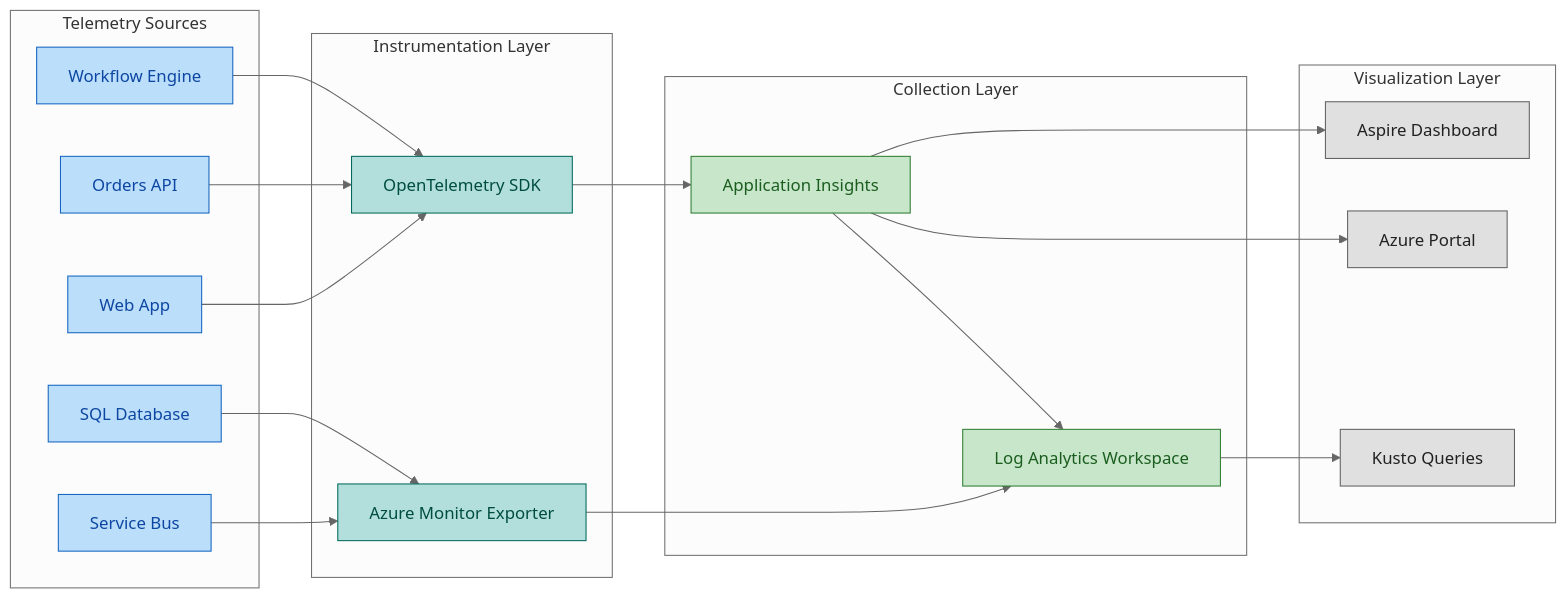
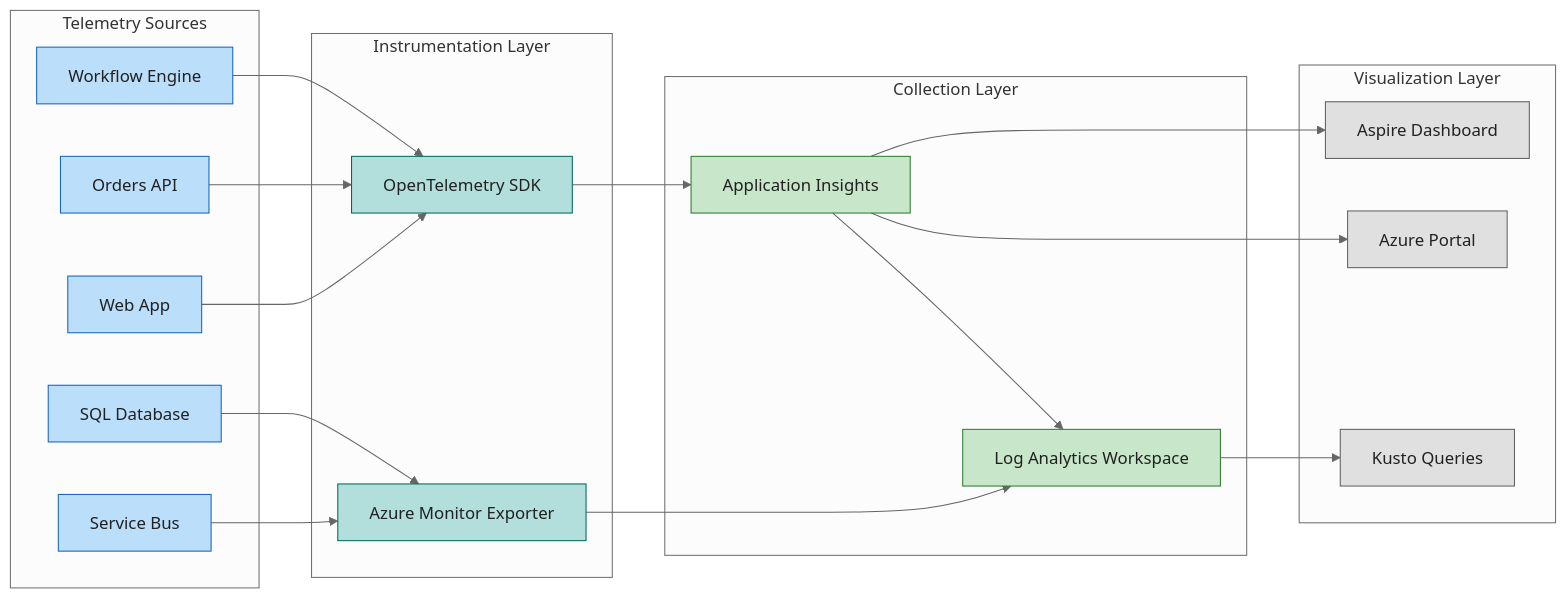
One commit to Evilazaro/Azure-LogicApps-Monitoring changed the fourth of 5 diagrams in docs/architecture/02-data-architecture.md. Above: the diagram before and after it, drawn with Mermaid (neutral theme). The commit also changed other lines of this file and 2 other files, not shown here.

Commit message:
Refactor architecture diagrams for consistent color scheme and improved readability

````diff
--- a/docs/architecture/02-data-architecture.md
+++ b/docs/architecture/02-data-architecture.md
@@ -169,50 +169,50 @@
 ```mermaid
 flowchart LR
     subgraph Sources["Telemetry Sources"]
         S1[Web App]
         S2[Orders API]
         S3[Workflow Engine]
         S4[Service Bus]
         S5[SQL Database]
     end
 
     subgraph Instrumentation["Instrumentation Layer"]
         I1[OpenTelemetry SDK]
         I2[Azure Monitor Exporter]
     end
 
     subgraph Collection["Collection Layer"]
         C1[Application Insights]
         C2[Log Analytics Workspace]
     end
 
     subgraph Visualization["Visualization Layer"]
         V1[Aspire Dashboard]
         V2[Azure Portal]
         V3[Kusto Queries]
     end
 
     S1 --> I1
     S2 --> I1
     S3 --> I1
     S4 --> I2
     S5 --> I2
 
     I1 --> C1
     I2 --> C2
     C1 --> C2
 
     C1 --> V1
     C1 --> V2
     C2 --> V3
 
-    classDef source fill:#BBDEFB,stroke:#1565C0,color:#0D47A1
-    classDef instrument fill:#B2DFDB,stroke:#00695C,color:#004D40
-    classDef collect fill:#C8E6C9,stroke:#2E7D32,color:#1B5E20
+    classDef source fill:#BBDEFB,stroke:#1565C0,color:#212121
+    classDef instrument fill:#B2DFDB,stroke:#00695C,color:#212121
+    classDef collect fill:#C8E6C9,stroke:#2E7D32,color:#212121
     classDef visual fill:#E0E0E0,stroke:#616161,color:#212121
 
     class S1,S2,S3,S4,S5 source
     class I1,I2 instrument
     class C1,C2 collect
     class V1,V2,V3 visual
 ```
````
